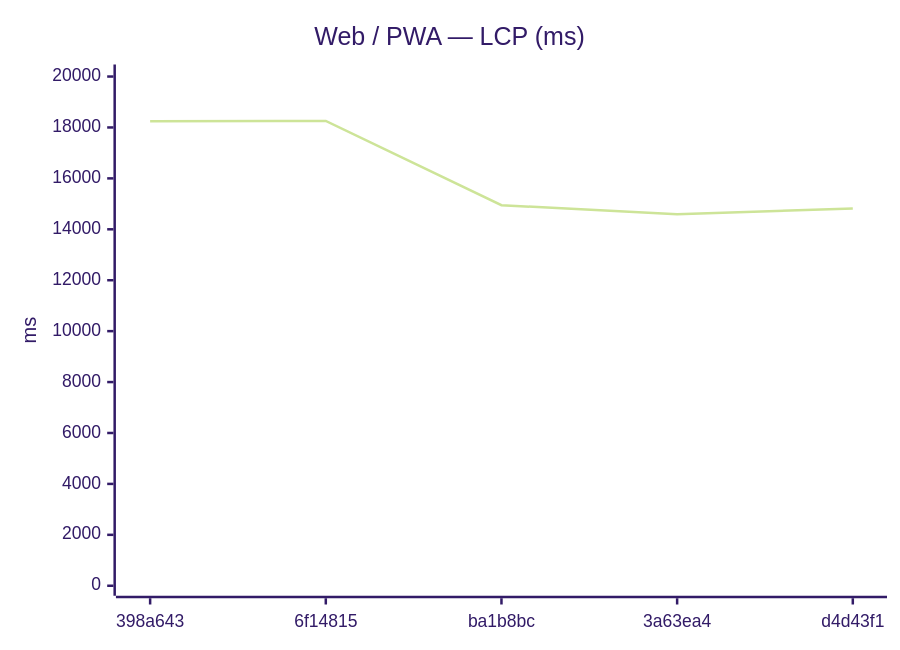
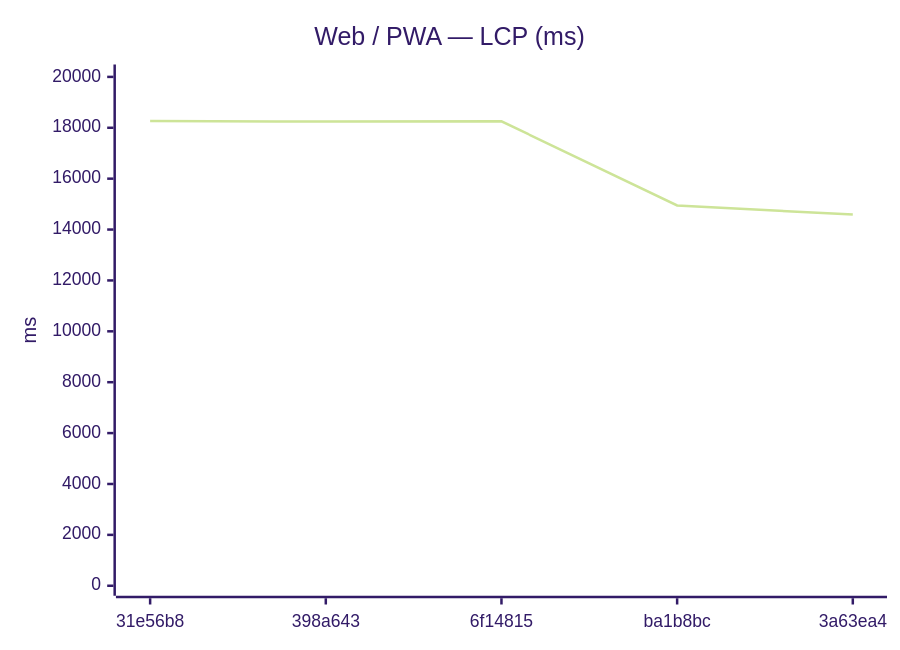
One commit to Metaheurist/Rianell changed the seventh of 18 diagrams in benchmarks/compare.md. Above: the diagram before and after it, drawn with Mermaid (forest theme). The commit also changed other lines of this file and 11 other files, not shown here.

````diff
--- a/benchmarks/compare.md
+++ b/benchmarks/compare.md
@@ -117,7 +117,7 @@
 ```mermaid
 xychart-beta
     title "Web / PWA — LCP (ms)"
-    x-axis ["398a643", "6f14815", "ba1b8bc", "3a63ea4", "d4d43f1"]
-    y-axis "ms" 0 --> 20080
-    line [18242, 18254, 14947, 14588, 14818]
+    x-axis ["31e56b8", "398a643", "6f14815", "ba1b8bc", "3a63ea4"]
+    y-axis "ms" 0 --> 20094
+    line [18267, 18242, 18254, 14947, 14588]
 ```
````
